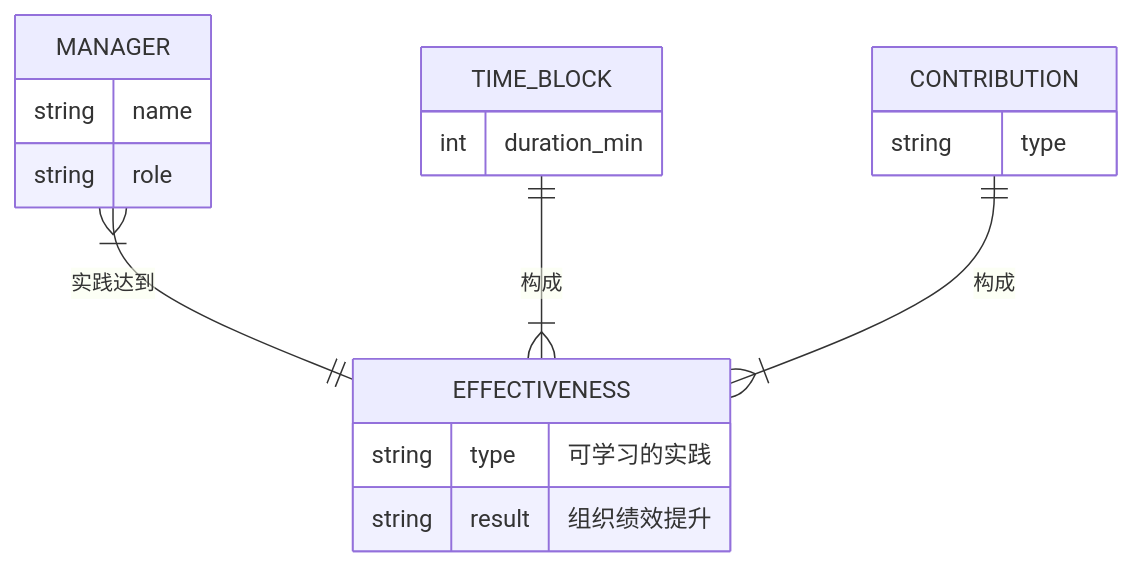
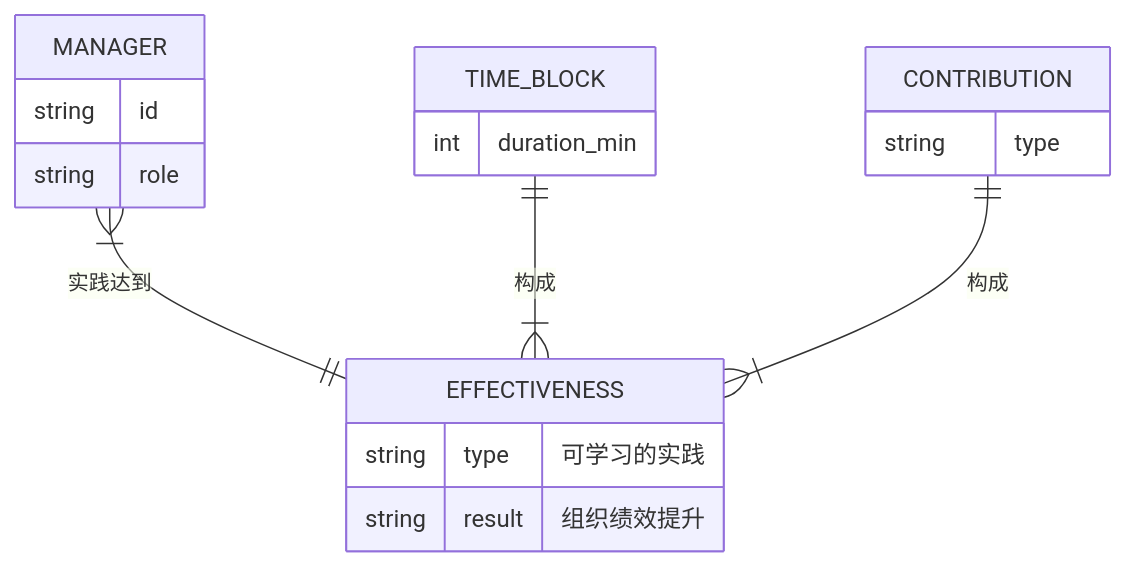
Before and after one commit to Kizero/book: the first of 3 diagrams in book26H1/shen260323/00_全书ER骨架.md, drawn with Mermaid. The commit also changed other lines of this file and 8 other files, not shown here.

First line of the commit message:
complete rewrite of all 9 shen260323 files: mermaid + 沈老师 persona

````diff
--- a/book26H1/shen260323/00_全书ER骨架.md
+++ b/book26H1/shen260323/00_全书ER骨架.md
@@ -11,20 +11,20 @@
 ```mermaid
 erDiagram
     EFFECTIVENESS {
         string type "可学习的实践"
         string result "组织绩效提升"
     }
     MANAGER {
-        string name
+        string id
         string role
     }
     TIME_BLOCK {
         int duration_min
     }
     CONTRIBUTION {
         string type
     }
     MANAGER }|--|| EFFECTIVENESS : "实践达到"
     TIME_BLOCK ||--|{ EFFECTIVENESS : "构成"
     CONTRIBUTION ||--|{ EFFECTIVENESS : "构成"
 ```
````
